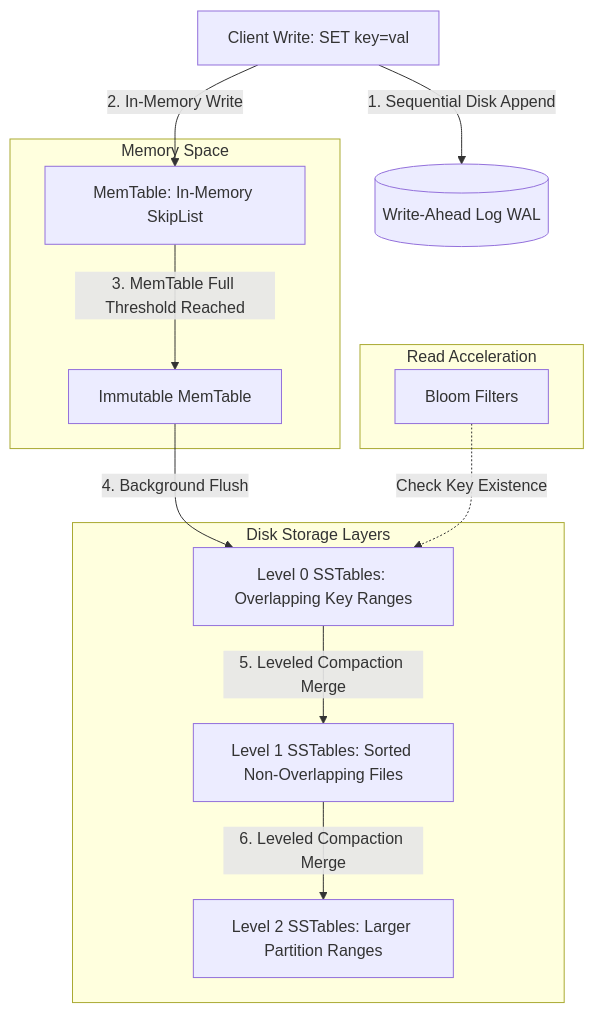
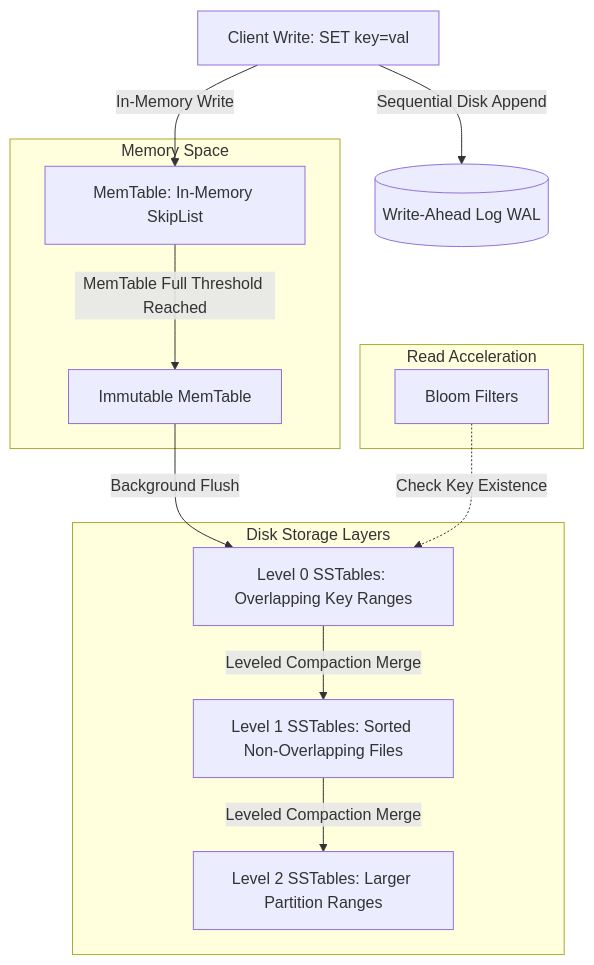
The diagram in blog/posts/lsm-trees-log-structured-merge-write-ahead-log-internals.md (akmalkhaniub/akmalkhaniub.github.io), drawn with Mermaid before and after one commit. The commit also changed 411 other files, not shown here.

````diff
--- a/blog/posts/lsm-trees-log-structured-merge-write-ahead-log-internals.md
+++ b/blog/posts/lsm-trees-log-structured-merge-write-ahead-log-internals.md
@@ -19,20 +19,20 @@
 ```mermaid
-graph TD
-  WriteReq[Client Write: SET key=val] -->|1. Sequential Disk Append| WAL[(Write-Ahead Log WAL)]
-  WriteReq -->|2. In-Memory Write| MemTable[MemTable: In-Memory SkipList]
+flowchart TD
+  WriteReq[Client Write: SET key=val] -->|Sequential Disk Append| WAL[(Write-Ahead Log WAL)]
+  WriteReq -->|In-Memory Write| MemTable[MemTable: In-Memory SkipList]
   
   subgraph SG1_MemorySpace ["Memory Space"]
-    MemTable -->|3. MemTable Full Threshold Reached| ImmutableMemTable[Immutable MemTable]
+    MemTable -->|MemTable Full Threshold Reached| ImmutableMemTable[Immutable MemTable]
   end
   
   subgraph SG2_DiskStorageLayers ["Disk Storage Layers"]
-    ImmutableMemTable -->|4. Background Flush| SST_L0[Level 0 SSTables: Overlapping Key Ranges]
+    ImmutableMemTable -->|Background Flush| SST_L0[Level 0 SSTables: Overlapping Key Ranges]
     
-    SST_L0 -->|5. Leveled Compaction Merge| SST_L1[Level 1 SSTables: Sorted Non-Overlapping Files]
-    SST_L1 -->|6. Leveled Compaction Merge| SST_L2[Level 2 SSTables: Larger Partition Ranges]
+    SST_L0 -->|Leveled Compaction Merge| SST_L1[Level 1 SSTables: Sorted Non-Overlapping Files]
+    SST_L1 -->|Leveled Compaction Merge| SST_L2[Level 2 SSTables: Larger Partition Ranges]
   end
   
   subgraph SG3_ReadAcceleration ["Read Acceleration"]
     BloomFilter[Bloom Filters] -.->|Check Key Existence| SST_L0
   end
 ```
````
